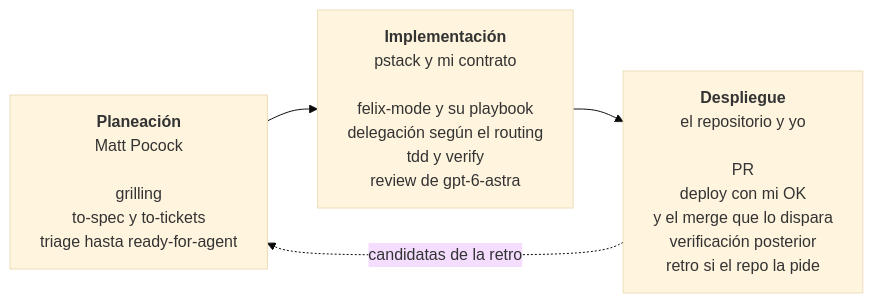
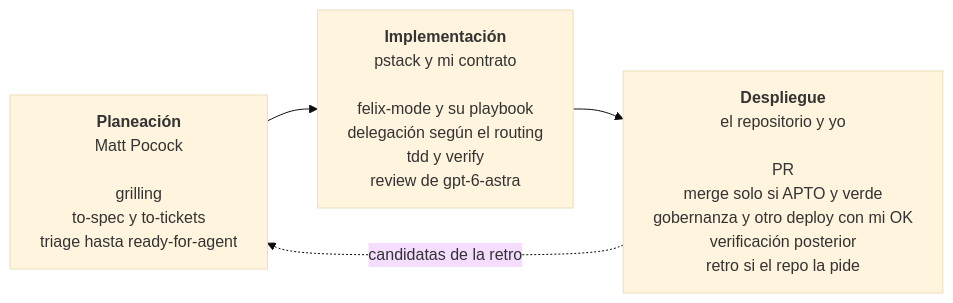
One commit to Cosmonaut-itc/felix-agent-engineering changed the diagram in README.md. Above: the diagram before and after it, drawn with Mermaid (base theme). The commit also changed other lines of this file and 5 other files, not shown here.

First line of the commit message:
feat(felix-mode): merge automático, acumulador y autonomía con pstack (#27)

````diff
--- a/README.md
+++ b/README.md
@@ -20,13 +20,13 @@
 ```mermaid
 ---
 config:
   flowchart:
     wrappingWidth: 320
 ---
 flowchart LR
   P["<b>Planeación</b><br/>Matt Pocock<br/><br/>grilling<br/>to-spec y to-tickets<br/>triage hasta ready-for-agent"]
   I["<b>Implementación</b><br/>pstack y mi contrato<br/><br/>felix-mode y su playbook<br/>delegación según el routing<br/>tdd y verify<br/>review de gpt-6-astra"]
-  D["<b>Despliegue</b><br/>el repositorio y yo<br/><br/>PR<br/>deploy con mi OK<br/>y el merge que lo dispara<br/>verificación posterior<br/>retro si el repo la pide"]
+  D["<b>Despliegue</b><br/>el repositorio y yo<br/><br/>PR<br/>merge solo si APTO y verde<br/>gobernanza y otro deploy con mi OK<br/>verificación posterior<br/>retro si el repo la pide"]
   P --> I --> D
   D -.->|candidatas de la retro| P
 ```
````
